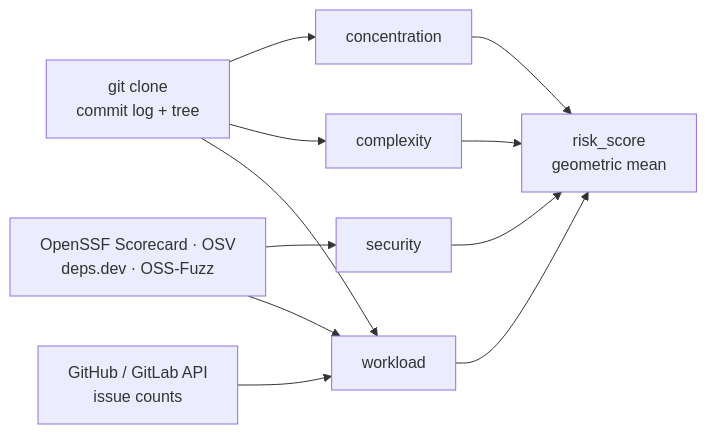
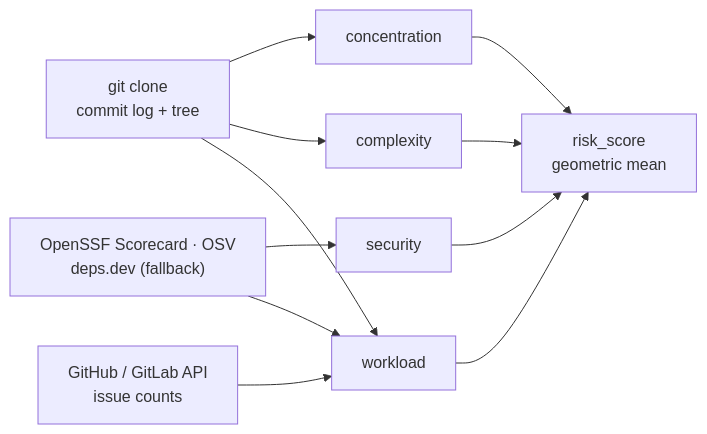
The diagram in docs/risk.md (osendowment/model), drawn with Mermaid before and after one commit. The commit also changed other lines of this file and 8 other files, not shown here.

First line of the commit message:
docs: cut the stage pages to their main ideas, one diagram each

````diff
--- a/docs/risk.md
+++ b/docs/risk.md
@@ -39,18 +31,18 @@
 ```mermaid
 graph LR
     clone["git clone<br/>commit log + tree"]
     host["GitHub / GitLab API<br/>issue counts"]
-    sec["OpenSSF Scorecard · OSV<br/>deps.dev · OSS-Fuzz"]
+    sec["OpenSSF Scorecard · OSV<br/>deps.dev (fallback)"]
 
     clone --> concentration["concentration"]
     clone --> complexity["complexity"]
     sec --> security["security"]
     clone --> workload["workload"]
     host --> workload
     sec --> workload
 
     concentration --> risk["risk_score<br/>geometric mean"]
     complexity --> risk
     security --> risk
     workload --> risk
 ```
````
